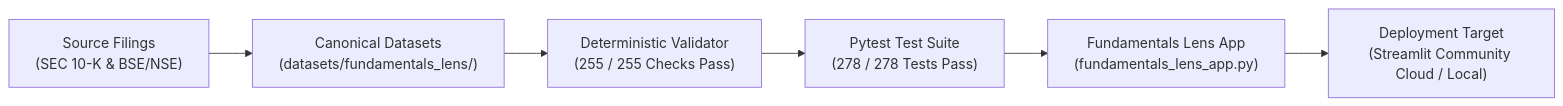
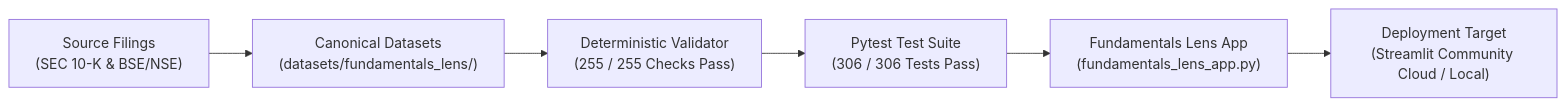
Before and after one commit to Rishika667/Financial-Intelligence-Radar: the diagram in docs/FUNDAMENTALS_LENS_DEPLOYMENT_READINESS.md, drawn with Mermaid. The commit also changed other lines of this file and 32 other files, not shown here.

````diff
--- a/docs/FUNDAMENTALS_LENS_DEPLOYMENT_READINESS.md
+++ b/docs/FUNDAMENTALS_LENS_DEPLOYMENT_READINESS.md
@@ -19,8 +19,8 @@
 ```mermaid
 flowchart LR
     A["Source Filings<br>(SEC 10-K & BSE/NSE)"] --> B["Canonical Datasets<br>(datasets/fundamentals_lens/)"]
     B --> C["Deterministic Validator<br>(255 / 255 Checks Pass)"]
-    C --> D["Pytest Test Suite<br>(278 / 278 Tests Pass)"]
+    C --> D["Pytest Test Suite<br>(306 / 306 Tests Pass)"]
     D --> E["Fundamentals Lens App<br>(fundamentals_lens_app.py)"]
     E --> F["Deployment Target<br>(Streamlit Community Cloud / Local)"]
 ```
````
